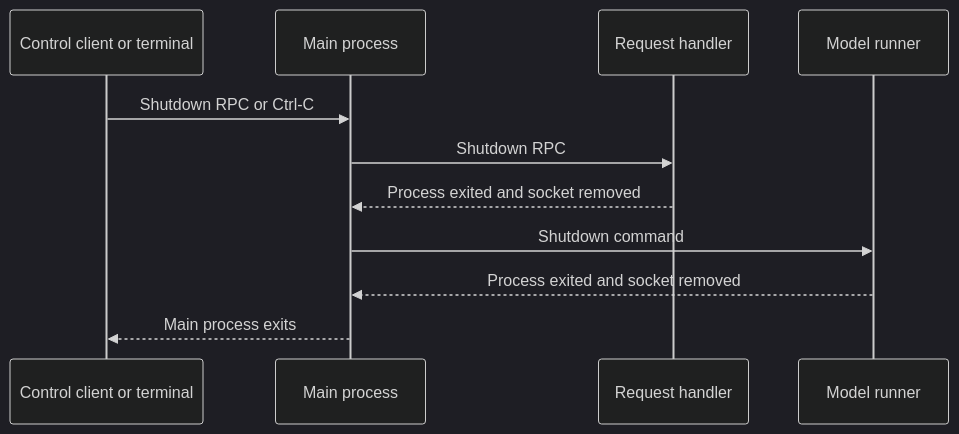
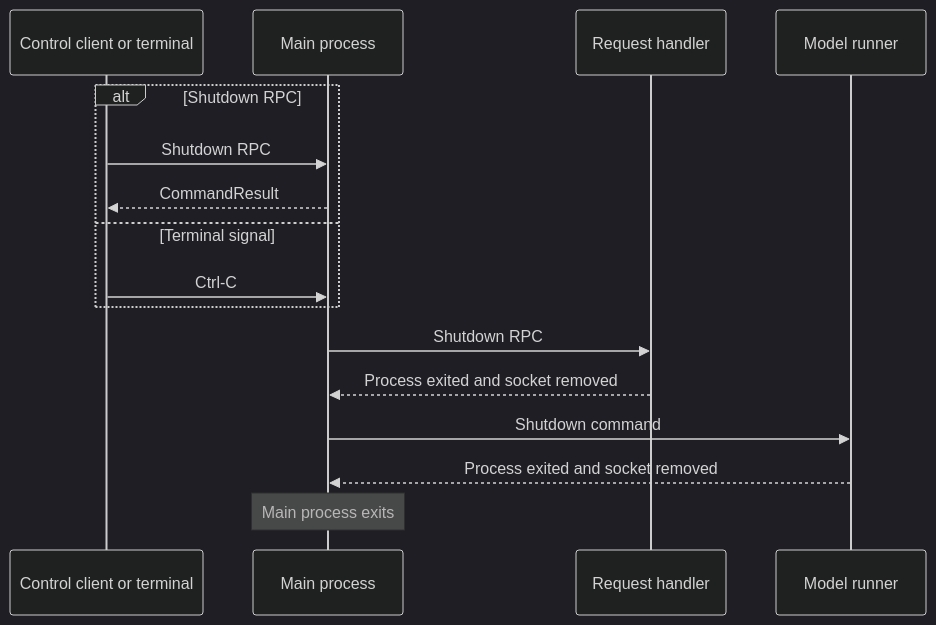
One commit to lun0522/mini-vllm-rs changed the third of 3 diagrams in src/main_process/README.md. Above: the diagram before and after it, drawn with Mermaid (dark theme). The commit also changed other lines of this file and 9 other files, not shown here.

First line of the commit message:
Docs: Streamline READMEs and expand architecture documentation

````diff
--- a/src/main_process/README.md
+++ b/src/main_process/README.md
@@ -52,14 +57,19 @@
 ```mermaid
 sequenceDiagram
     participant Caller as Control client or terminal
     participant Main as Main process
     participant Handler as Request handler
     participant Runner as Model runner
 
-    Caller->>Main: Shutdown RPC or Ctrl-C
+    alt Shutdown RPC
+        Caller->>Main: Shutdown RPC
+        Main-->>Caller: CommandResult
+    else Terminal signal
+        Caller->>Main: Ctrl-C
+    end
     Main->>Handler: Shutdown RPC
     Handler-->>Main: Process exited and socket removed
     Main->>Runner: Shutdown command
     Runner-->>Main: Process exited and socket removed
-    Main-->>Caller: Main process exits
+    Note over Main: Main process exits
 ```
````
